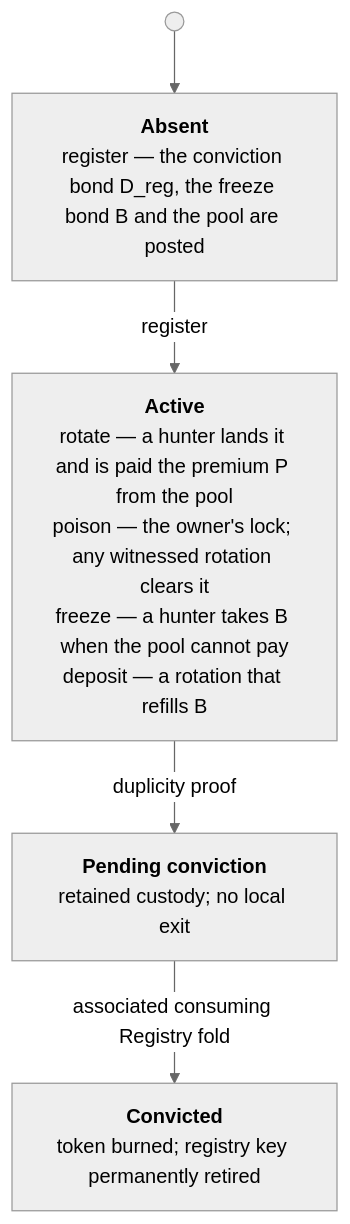
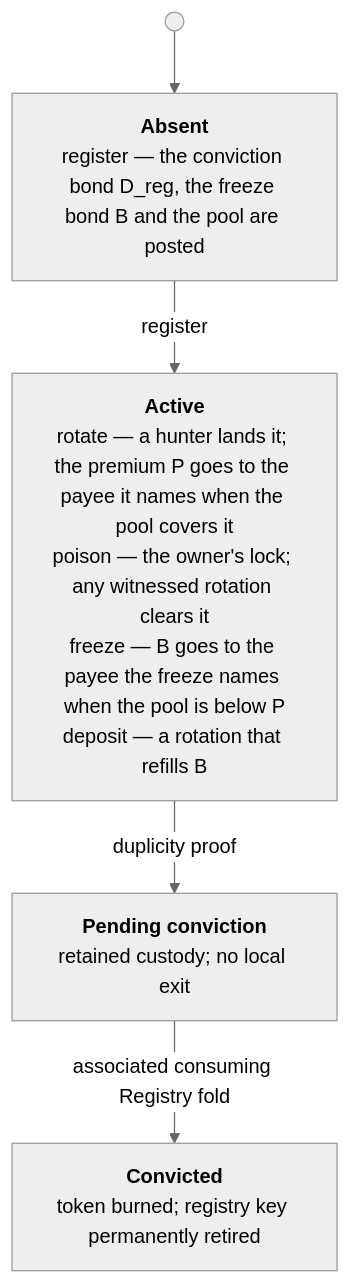
Before and after one commit to lambdasistemi/cardano-keri: the diagram in docs/design/words.md, drawn with Mermaid (neutral theme). The commit also changed other lines of this file and 64 other files, not shown here.

First line of the commit message:
docs: align the design and architecture pages with the accepted model

````diff
--- a/docs/design/words.md
+++ b/docs/design/words.md
@@ -17,7 +17,7 @@
 ```mermaid
 flowchart TB
     start(( )) --> Absent["<b>Absent</b><br/>register — the conviction bond D_reg, the freeze bond B and the pool are posted"]
-    Absent -->|register| Active["<b>Active</b><br/>rotate — a hunter lands it and is paid the premium P from the pool<br/>poison — the owner's lock#59; any witnessed rotation clears it<br/>freeze — a hunter takes B when the pool cannot pay<br/>deposit — a rotation that refills B"]
+    Absent -->|register| Active["<b>Active</b><br/>rotate — a hunter lands it; the premium P goes to the payee it names when the pool covers it<br/>poison — the owner's lock#59; any witnessed rotation clears it<br/>freeze — B goes to the payee the freeze names when the pool is below P<br/>deposit — a rotation that refills B"]
     Active -->|duplicity proof| Pending["<b>Pending conviction</b><br/>retained custody#59; no local exit"]
     Pending -->|associated consuming Registry fold| Convicted["<b>Convicted</b><br/>token burned#59; registry key permanently retired"]
 ```
````
